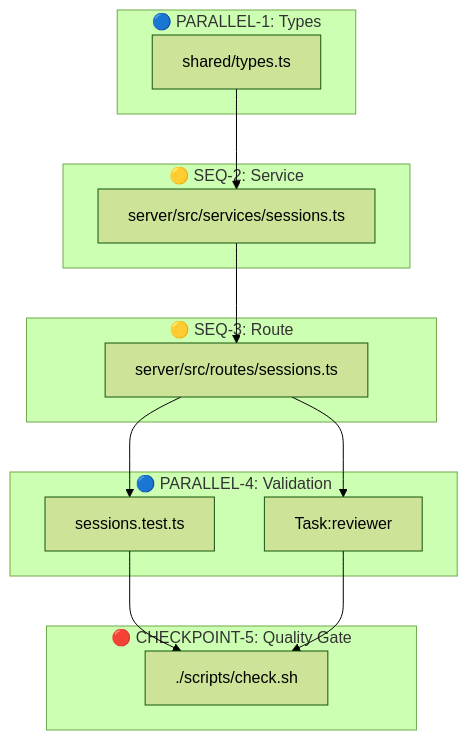
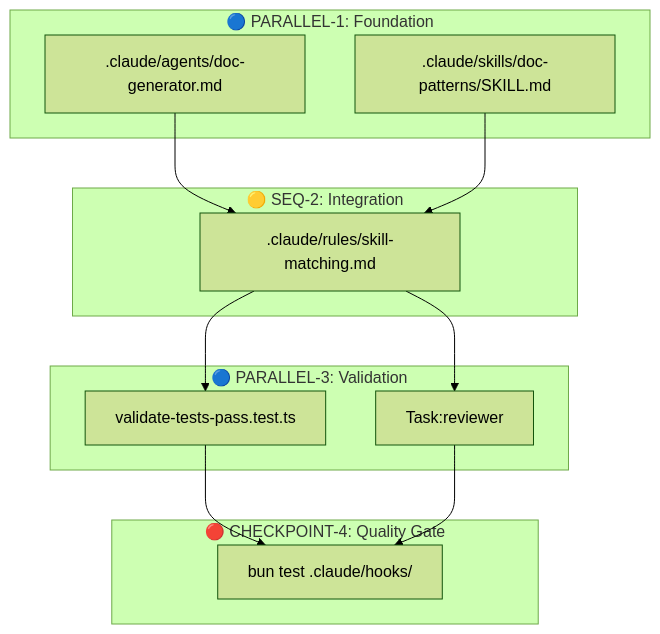
One commit to MaciWP/claude-code-poneglyph changed the fourth of 4 diagrams in .claude/commands/planner.md. Above: the diagram before and after it, drawn with Mermaid (forest theme). The commit also changed other lines of this file and 41 other files, not shown here.

````diff
--- a/.claude/commands/planner.md
+++ b/.claude/commands/planner.md
@@ -615,25 +613,23 @@
 ```mermaid
 graph TD
-  subgraph "🔵 PARALLEL-1: Types"
-    A[shared/types.ts]
+  subgraph "🔵 PARALLEL-1: Foundation"
+    A[.claude/agents/doc-generator.md]
+    B[.claude/skills/doc-patterns/SKILL.md]
   end
-  subgraph "🟡 SEQ-2: Service"
-    B[server/src/services/sessions.ts]
+  subgraph "🟡 SEQ-2: Integration"
+    C[.claude/rules/skill-matching.md]
   end
-  subgraph "🟡 SEQ-3: Route"
-    C[server/src/routes/sessions.ts]
-  end
-  subgraph "🔵 PARALLEL-4: Validation"
-    D[sessions.test.ts]
+  subgraph "🔵 PARALLEL-3: Validation"
+    D[validate-tests-pass.test.ts]
     E[Task:reviewer]
   end
-  subgraph "🔴 CHECKPOINT-5: Quality Gate"
-    F[./scripts/check.sh]
+  subgraph "🔴 CHECKPOINT-4: Quality Gate"
+    F[bun test .claude/hooks/]
   end
-  A --> B
+  A --> C
   B --> C
   C --> D
   C --> E
   D --> F
   E --> F
 ```
````
